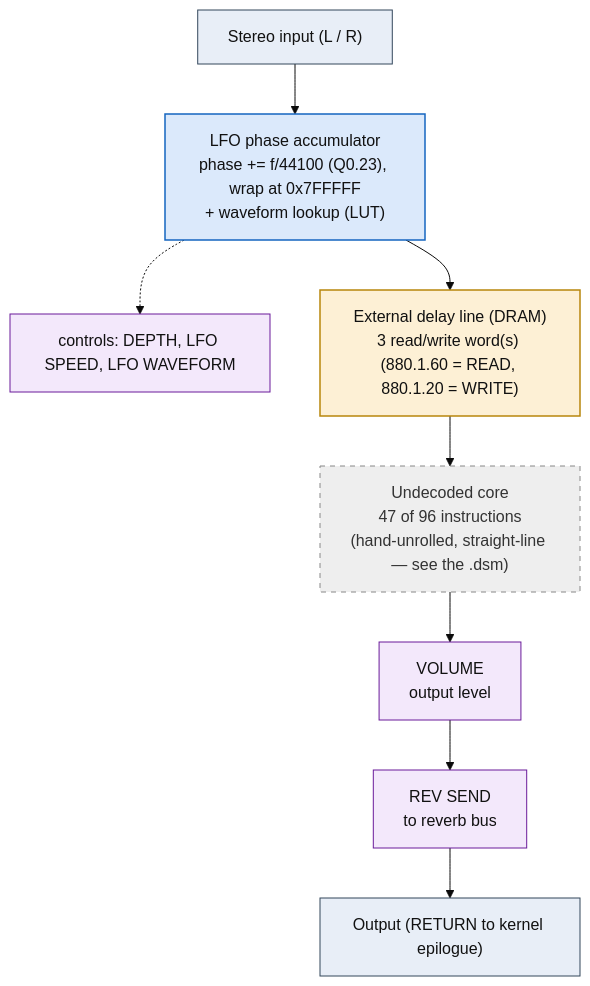
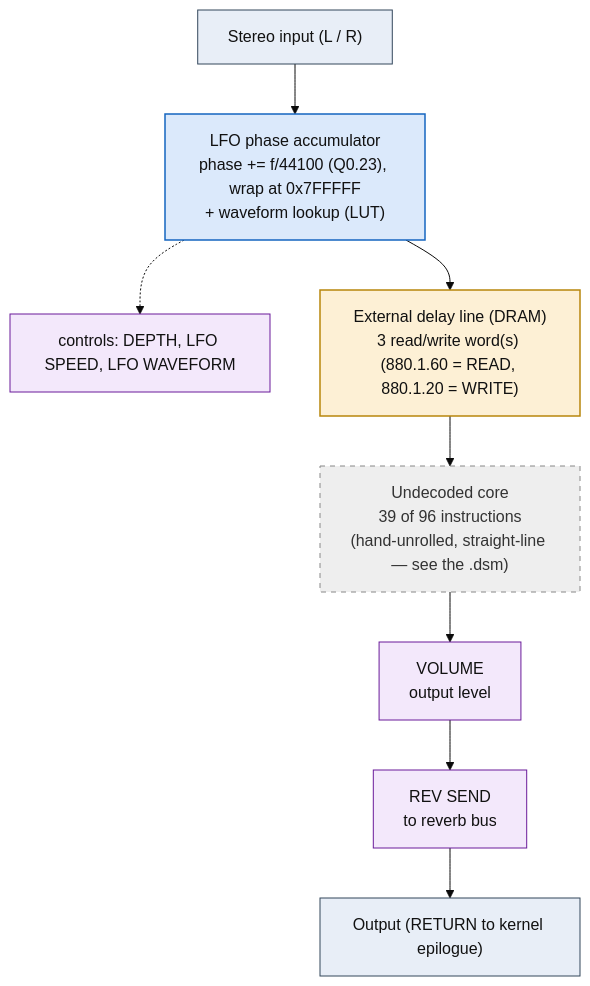
Before and after one commit to ArqueologiaDigital/kn5000-roms-disasm: the diagram in dsp/flowcharts/prog06_ensemble.md, drawn with Mermaid (base theme). The commit also changed other lines of this file and 78 other files, not shown here.

````diff
--- a/dsp/flowcharts/prog06_ensemble.md
+++ b/dsp/flowcharts/prog06_ensemble.md
@@ -12,30 +12,30 @@
 ```mermaid
 flowchart TD
     N0["Stereo input (L / R)"]
     N1["LFO phase accumulator<br/>phase += f/44100 (Q0.23), wrap at 0x7FFFFF<br/>+ waveform lookup (LUT)"]
     N0 --> N1
     N2["controls: DEPTH, LFO SPEED, LFO WAVEFORM"]
     N1 -.-> N2
     N3["External delay line (DRAM)<br/>3 read/write word(s) (880.1.60 = READ, 880.1.20 = WRITE)"]
     N1 --> N3
-    N4["Undecoded core<br/>47 of 96 instructions<br/>(hand-unrolled, straight-line &mdash; see the .dsm)"]
+    N4["Undecoded core<br/>39 of 96 instructions<br/>(hand-unrolled, straight-line &mdash; see the .dsm)"]
     N3 --> N4
     N5["VOLUME<br/>output level"]
     N4 --> N5
     N6["REV SEND<br/>to reverb bus"]
     N5 --> N6
     N7["Output (RETURN to kernel epilogue)"]
     N6 --> N7
 
     classDef io fill:#e8eef7,stroke:#33475b,stroke-width:1px,color:#111;
     classDef proven fill:#d7f0d7,stroke:#2e7d32,stroke-width:2px,color:#111;
     classDef measured fill:#dbe9fb,stroke:#1565c0,stroke-width:1.5px,color:#111;
     classDef inferred fill:#fdf0d5,stroke:#b8860b,stroke-width:1.5px,color:#111;
     classDef open fill:#eeeeee,stroke:#888,stroke-width:1px,color:#333,stroke-dasharray:5 5;
     classDef ctrl fill:#f3e8fb,stroke:#6a1b9a,stroke-width:1px,color:#111;
     class N0,N7 io;
     class N1 measured;
     class N2,N5,N6 ctrl;
     class N3 inferred;
     class N4 open;
 ```
````
